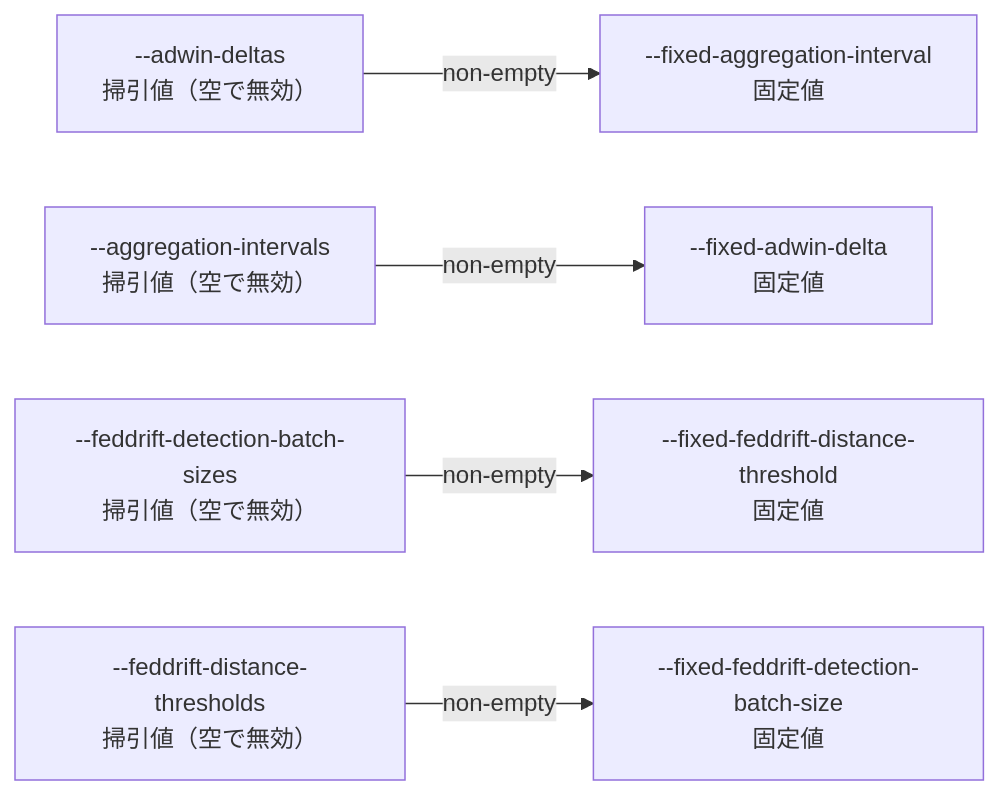
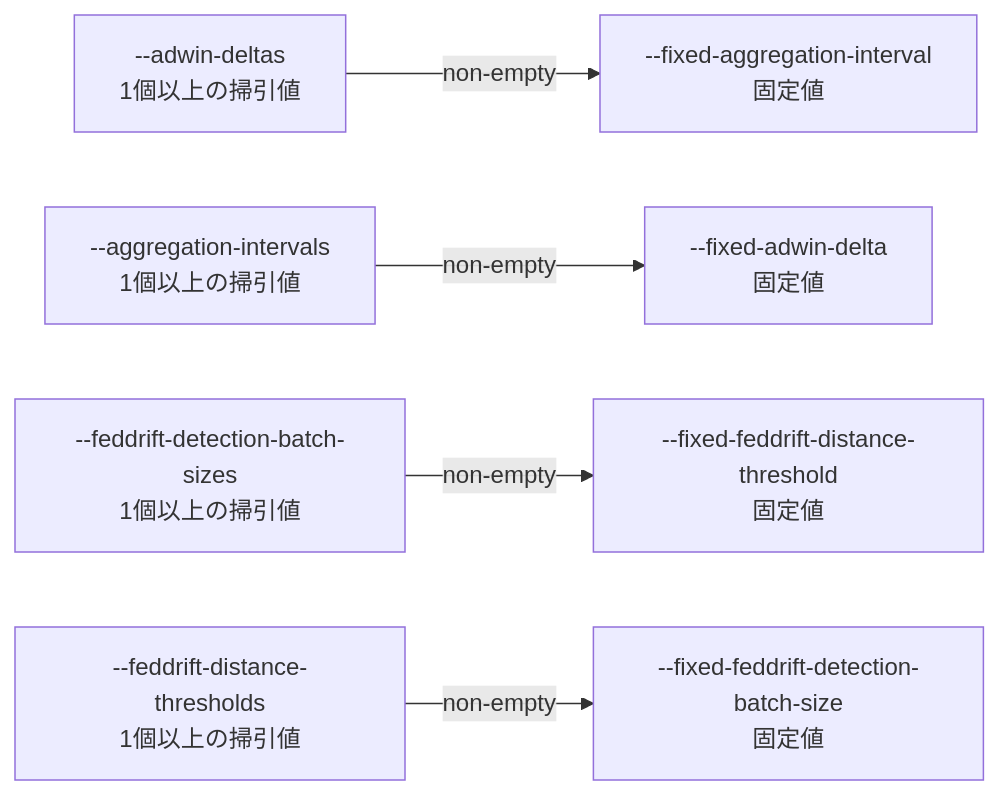
The second of 2 diagrams in docs/options.md (shimmen3141/FedSDA-experiment), drawn with Mermaid before and after one commit. The commit also changed other lines of this file and 22 other files, not shown here.

````diff
--- a/docs/options.md
+++ b/docs/options.md
@@ -139,15 +139,15 @@
 ```mermaid
 flowchart LR
-  adwin_deltas["--adwin-deltas<br/>掃引値（空で無効）"]
+  adwin_deltas["--adwin-deltas<br/>1個以上の掃引値"]
   fixed_aggregation_interval["--fixed-aggregation-interval<br/>固定値"]
   adwin_deltas -->|non-empty| fixed_aggregation_interval
-  aggregation_intervals["--aggregation-intervals<br/>掃引値（空で無効）"]
+  aggregation_intervals["--aggregation-intervals<br/>1個以上の掃引値"]
   fixed_adwin_delta["--fixed-adwin-delta<br/>固定値"]
   aggregation_intervals -->|non-empty| fixed_adwin_delta
-  feddrift_detection_batch_sizes["--feddrift-detection-batch-sizes<br/>掃引値（空で無効）"]
+  feddrift_detection_batch_sizes["--feddrift-detection-batch-sizes<br/>1個以上の掃引値"]
   fixed_feddrift_distance_threshold["--fixed-feddrift-distance-threshold<br/>固定値"]
   feddrift_detection_batch_sizes -->|non-empty| fixed_feddrift_distance_threshold
-  feddrift_distance_thresholds["--feddrift-distance-thresholds<br/>掃引値（空で無効）"]
+  feddrift_distance_thresholds["--feddrift-distance-thresholds<br/>1個以上の掃引値"]
   fixed_feddrift_detection_batch_size["--fixed-feddrift-detection-batch-size<br/>固定値"]
   feddrift_distance_thresholds -->|non-empty| fixed_feddrift_detection_batch_size
 ```
````
